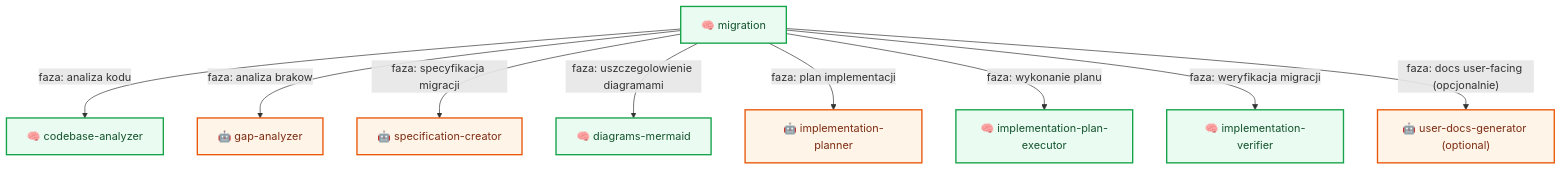
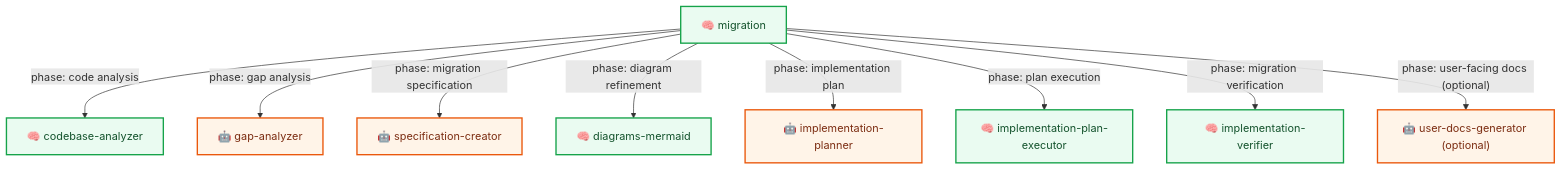
The fifth of 11 diagrams in docs/flow/workflows.md (plucins/flowbit), drawn with Mermaid before and after one commit. The commit also changed other lines of this file and 11 other files, not shown here.

````diff
--- a/docs/flow/workflows.md
+++ b/docs/flow/workflows.md
@@ -139,16 +139,16 @@
 ```mermaid
 graph TD
-  MIG2["🧠 migration"] -- "faza: analiza kodu" --> CODEBASE_M["🧠 codebase-analyzer"]
-  MIG2 -- "faza: analiza brakow" --> GAP_M["🤖 gap-analyzer"]
-  MIG2 -- "faza: specyfikacja migracji" --> SPEC_M["🤖 specification-creator"]
-  MIG2 -- "faza: uszczegolowienie diagramami" --> DIAG_M["🧠 diagrams-mermaid"]
-  MIG2 -- "faza: plan implementacji" --> PLAN_M["🤖 implementation-planner"]
-  MIG2 -- "faza: wykonanie planu" --> EXEC_M["🧠 implementation-plan-executor"]
-  MIG2 -- "faza: weryfikacja migracji" --> VER_M["🧠 implementation-verifier"]
-  MIG2 -- "faza: docs user-facing (opcjonalnie)" --> UDOCS_M["🤖 user-docs-generator (optional)"]
+  MIG2["🧠 migration"] -- "phase: code analysis" --> CODEBASE_M["🧠 codebase-analyzer"]
+  MIG2 -- "phase: gap analysis" --> GAP_M["🤖 gap-analyzer"]
+  MIG2 -- "phase: migration specification" --> SPEC_M["🤖 specification-creator"]
+  MIG2 -- "phase: diagram refinement" --> DIAG_M["🧠 diagrams-mermaid"]
+  MIG2 -- "phase: implementation plan" --> PLAN_M["🤖 implementation-planner"]
+  MIG2 -- "phase: plan execution" --> EXEC_M["🧠 implementation-plan-executor"]
+  MIG2 -- "phase: migration verification" --> VER_M["🧠 implementation-verifier"]
+  MIG2 -- "phase: user-facing docs (optional)" --> UDOCS_M["🤖 user-docs-generator (optional)"]
 
   classDef skill fill:#EAFBF1,stroke:#16A34A,stroke-width:2px,color:#14532D;
   classDef agent fill:#FFF4E8,stroke:#EA580C,stroke-width:2px,color:#7C2D12;
   class MIG2,CODEBASE_M,EXEC_M,VER_M,DIAG_M skill;
   class GAP_M,SPEC_M,PLAN_M,UDOCS_M agent;
 ```
````
